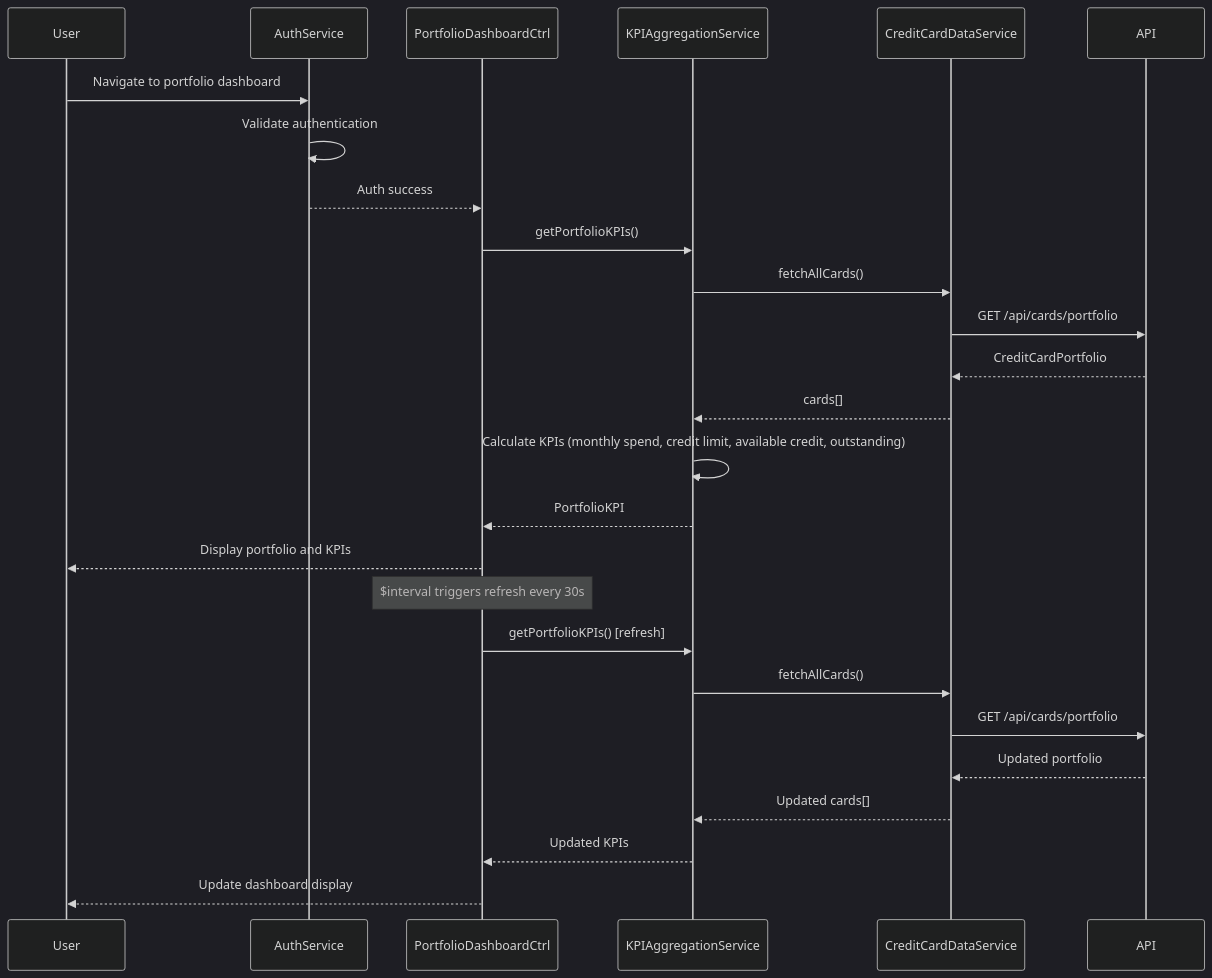
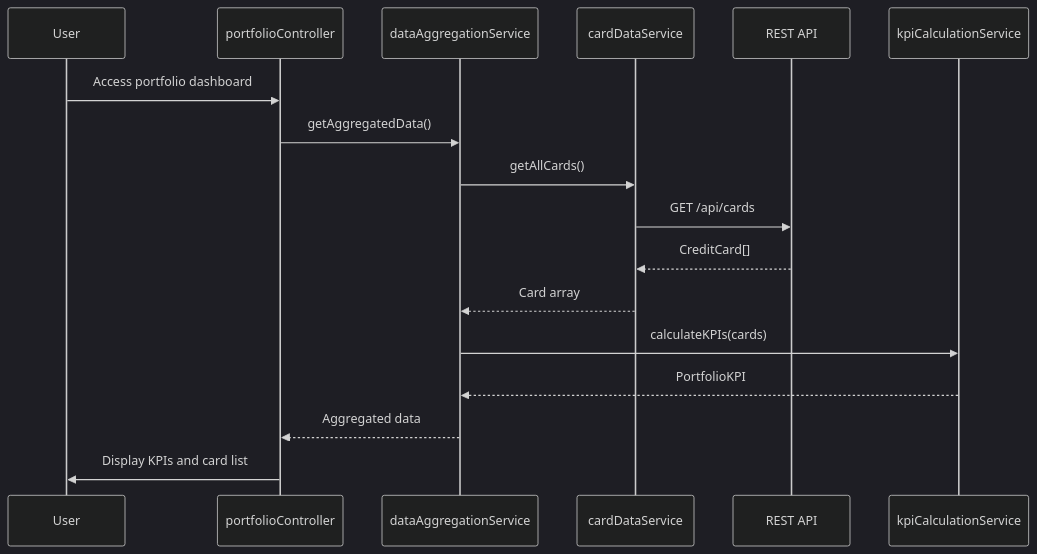
The diagram in LLD/QE-7738_LLD.md (AAVA-Demo/APB_Demo), drawn with Mermaid (dark theme) before and after one commit. The commit also changed other lines of this file and 5 other files, not shown here.

````diff
--- a/LLD/QE-7738_LLD.md
+++ b/LLD/QE-7738_LLD.md
@@ -91,29 +68,20 @@
 ```mermaid
 sequenceDiagram
     participant User
-    participant AuthService
-    participant PortfolioDashboardCtrl
-    participant KPIAggregationService
-    participant CreditCardDataService
-    participant API
-    
-    User->>AuthService: Navigate to portfolio dashboard
-    AuthService->>AuthService: Validate authentication
-    AuthService-->>PortfolioDashboardCtrl: Auth success
-    PortfolioDashboardCtrl->>KPIAggregationService: getPortfolioKPIs()
-    KPIAggregationService->>CreditCardDataService: fetchAllCards()
-    CreditCardDataService->>API: GET /api/cards/portfolio
-    API-->>CreditCardDataService: CreditCardPortfolio
-    CreditCardDataService-->>KPIAggregationService: cards[]
-    KPIAggregationService->>KPIAggregationService: Calculate KPIs (monthly spend, credit limit, available credit, outstanding)
-    KPIAggregationService-->>PortfolioDashboardCtrl: PortfolioKPI
-    PortfolioDashboardCtrl-->>User: Display portfolio and KPIs
-    Note over PortfolioDashboardCtrl: $interval triggers refresh every 30s
-    PortfolioDashboardCtrl->>KPIAggregationService: getPortfolioKPIs() [refresh]
-    KPIAggregationService->>CreditCardDataService: fetchAllCards()
-    CreditCardDataService->>API: GET /api/cards/portfolio
-    API-->>CreditCardDataService: Updated portfolio
-    CreditCardDataService-->>KPIAggregationService: Updated cards[]
-    KPIAggregationService-->>PortfolioDashboardCtrl: Updated KPIs
-    PortfolioDashboardCtrl-->>User: Update dashboard display
+    participant portfolioController
+    participant dataAggregationService
+    participant cardDataService
+    participant REST API
+    participant kpiCalculationService
+
+    User->>portfolioController: Access portfolio dashboard
+    portfolioController->>dataAggregationService: getAggregatedData()
+    dataAggregationService->>cardDataService: getAllCards()
+    cardDataService->>REST API: GET /api/cards
+    REST API-->>cardDataService: CreditCard[]
+    cardDataService-->>dataAggregationService: Card array
+    dataAggregationService->>kpiCalculationService: calculateKPIs(cards)
+    kpiCalculationService-->>dataAggregationService: PortfolioKPI
+    dataAggregationService-->>portfolioController: Aggregated data
+    portfolioController->>User: Display KPIs and card list
 ```
````
